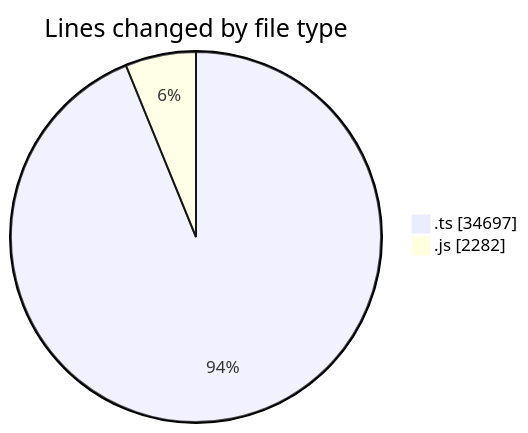
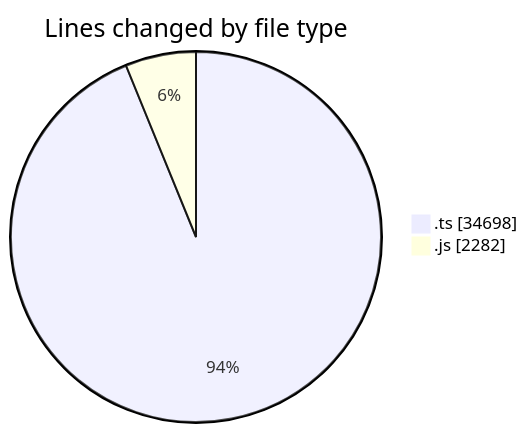
One commit to momahboobian/code-tracking changed the first of 2 diagrams in 2025-06-26/cda/README.md. Above: the diagram before and after it, drawn with Mermaid. The commit also changed other lines of this file and 1 other file, not shown here.

````diff
--- a/2025-06-26/cda/README.md
+++ b/2025-06-26/cda/README.md
@@ -36,6 +36,6 @@
 ```mermaid
 pie showData
 title Lines changed by file type
-".ts" : 34697
+".ts" : 34698
 ".js" : 2282
 ```
````
